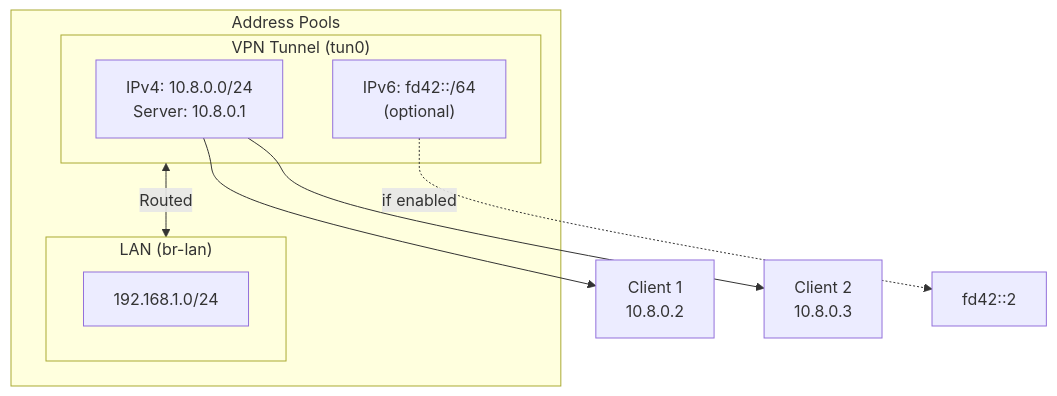
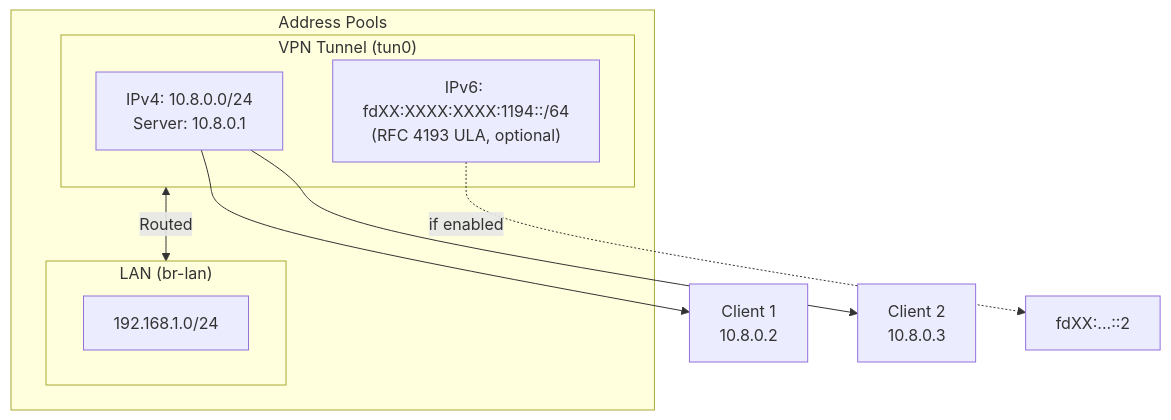
Before and after one commit to beadon/OpenWRTOpenVPNMgmt: the second of 2 diagrams in README.md, drawn with Mermaid. The commit also changed other lines of this file and 3 other files, not shown here.

First line of the commit message:
feat(ipv6): RFC 4193 ULA generation, config persistence, numbered test output — v2.10.0

````diff
--- a/README.md
+++ b/README.md
@@ -124,19 +131,19 @@
 ```mermaid
 flowchart TB
     subgraph pools [Address Pools]
         subgraph vpn ["VPN Tunnel (tun0)"]
             V4["IPv4: 10.8.0.0/24<br/>Server: 10.8.0.1"]
-            V6["IPv6: fd42::/64<br/>(optional)"]
+            V6["IPv6: fdXX:XXXX:XXXX:1194::/64<br/>(RFC 4193 ULA, optional)"]
         end
 
         subgraph lan ["LAN (br-lan)"]
             L4["192.168.1.0/24"]
         end
     end
 
     V4 --> C1["Client 1<br/>10.8.0.2"]
     V4 --> C2["Client 2<br/>10.8.0.3"]
-    V6 -.->|"if enabled"| C1v6["fd42::2"]
+    V6 -.->|"if enabled"| C1v6["fdXX:...::2"]
 
     vpn <-->|"Routed"| lan
 ```
````
